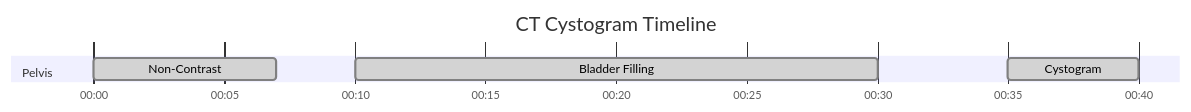
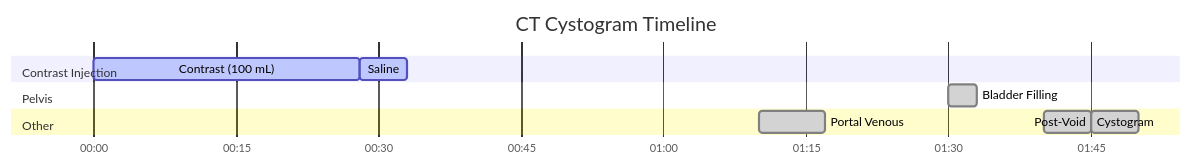
Before and after one commit to dfergs93/radiology-protocols: the diagram in docs/ct/abdomen/ct-cystogram.md, drawn with Mermaid. The commit also changed other lines of this file and 85 other files, not shown here.

Commit message:
Regenerate protocol markdown files with acquisition-diagram placeholder

````diff
--- a/docs/ct/abdomen/ct-cystogram.md
+++ b/docs/ct/abdomen/ct-cystogram.md
@@ -83,17 +86,22 @@
   ```mermaid
   ---
   displayMode: compact
   config:
     theme: default
     themeCSS: " #Saline{ fill: #4ed5ff; stroke: #2094f3; } "
   ---
     gantt
       title CT Cystogram Timeline
       dateFormat mm:ss
       axisFormat %M:%S 
       
+      section Contrast Injection
+      Contrast (100 mL)    :active, contrast, 00:00, 28s
+      Saline          :active, saline, after contrast, 5s
       section Pelvis
-      Non-Contrast    :done, scan2, 00:00, 7s
-      Bladder Filling    :done, scan1, 00:10, 20s
-      Cystogram    :done, scan3, 00:35, 5s
+      Bladder Filling    :done, scan1, 01:30, 3s
+      section Other
+      Portal Venous    :done, scan2, 01:10, 7s
+      Cystogram    :done, scan3, 01:40, 5s
+      Post-Void    :done, scan4, after scan3, 5s
   ```
````
